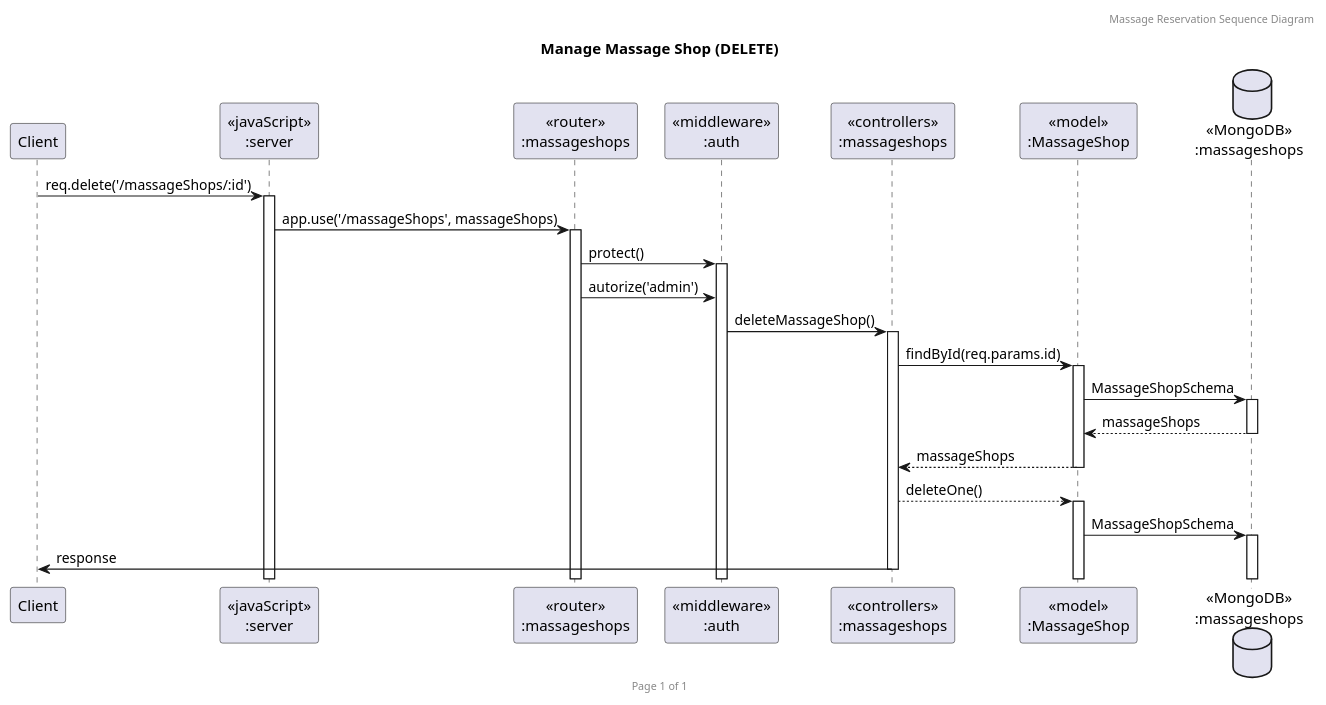
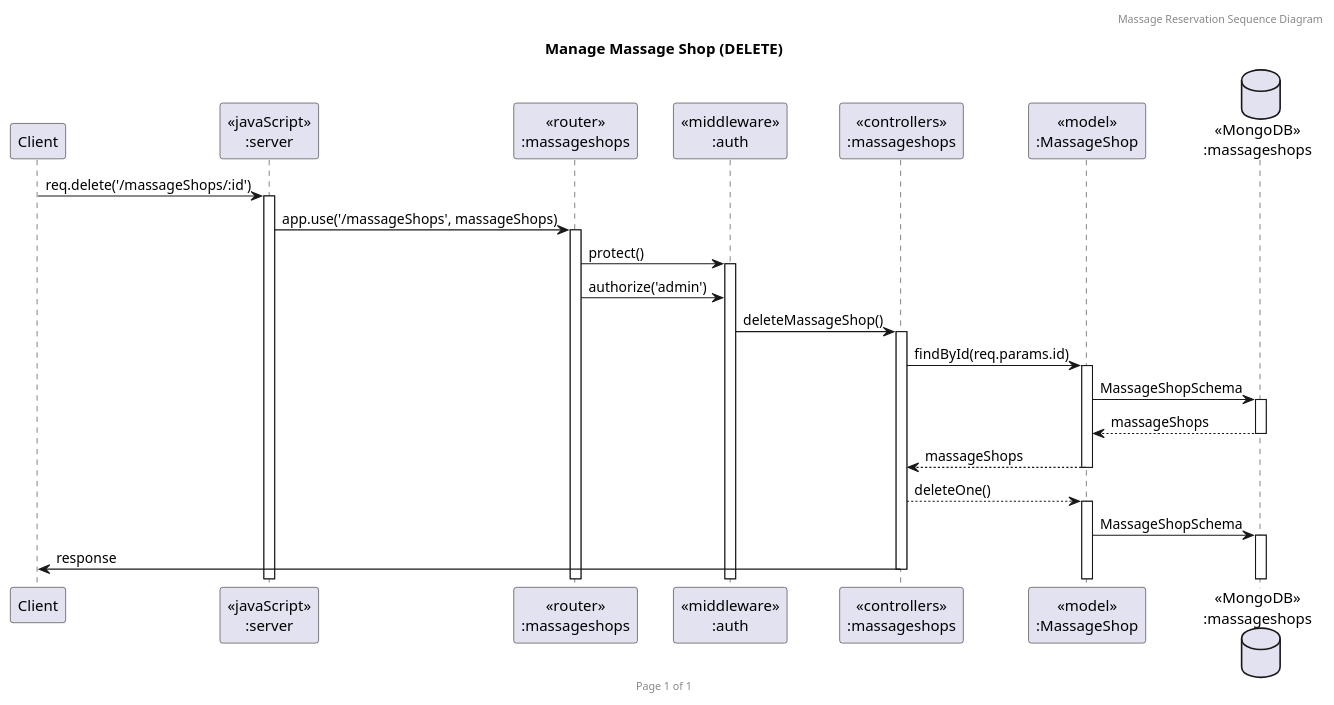
Before and after one commit to 2110503TACEDT66/presentation-day-1-organic-soi-ju: the diagram in SequenceDiagram/DeleteShop.puml, drawn with PlantUML.

Commit message:
fix deleteshop typo

```diff
--- a/SequenceDiagram/DeleteShop.puml
+++ b/SequenceDiagram/DeleteShop.puml
@@ -1,28 +1,28 @@
 @startuml Manage Massage Shop (DELETE)
 
 header Massage Reservation Sequence Diagram
 footer Page %page% of %lastpage%
 title "Manage Massage Shop (DELETE)"
 
 participant "Client" as client
 participant "<<javaScript>>\n:server" as server
 participant "<<router>>\n:massageshops" as routerMassageShops
 participant "<<middleware>>\n:auth" as middlewareAuth
 participant "<<controllers>>\n:massageshops" as controllersMassageShops
 participant "<<model>>\n:MassageShop" as modelMassageShop
 database "<<MongoDB>>\n:massageshops" as MassageShopsDatabase
 
 client->server ++:req.delete('/massageShops/:id')
 server->routerMassageShops ++:app.use('/massageShops', massageShops)
 routerMassageShops->middlewareAuth ++:protect()
-routerMassageShops -> middlewareAuth : autorize('admin')
+routerMassageShops -> middlewareAuth : authorize('admin')
 middlewareAuth->controllersMassageShops ++:deleteMassageShop()
 controllersMassageShops->modelMassageShop ++:findById(req.params.id) 
 modelMassageShop ->MassageShopsDatabase ++: MassageShopSchema
 MassageShopsDatabase --> modelMassageShop --: massageShops
 controllersMassageShops <-- modelMassageShop --:massageShops
 controllersMassageShops --> modelMassageShop ++:deleteOne()
 modelMassageShop ->MassageShopsDatabase ++: MassageShopSchema
 controllersMassageShops->client --:response
 
 @enduml
```
